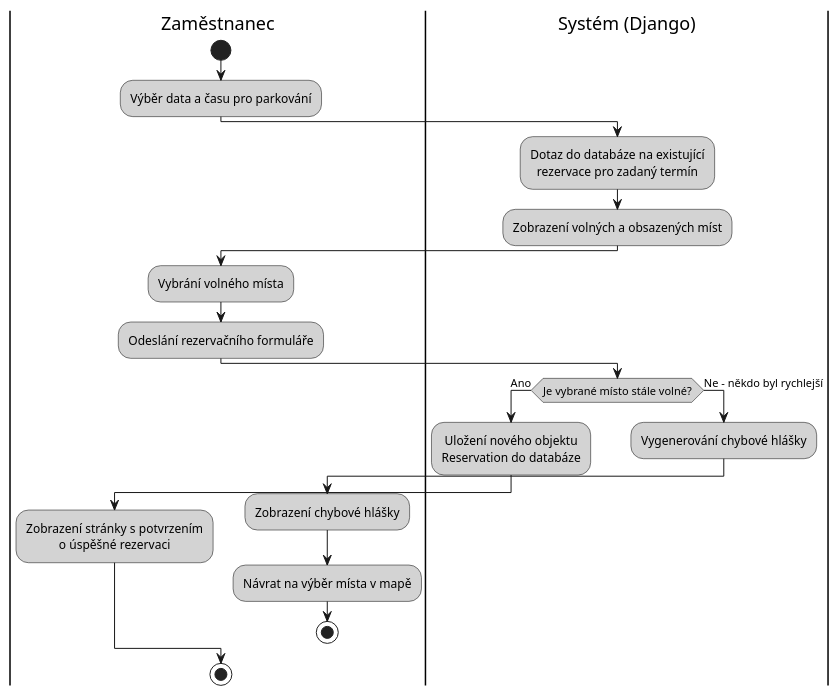
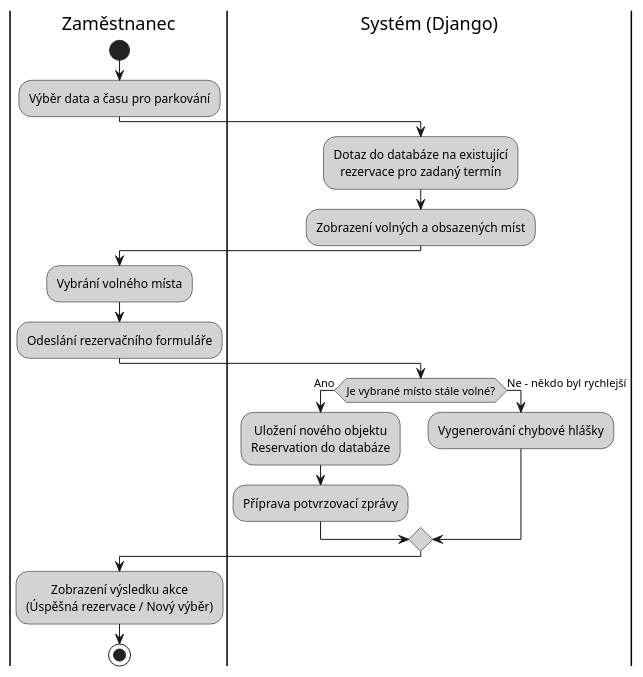
One commit to AidenCze/SWI-Project changed the diagram in docs/diagramy/activity.puml. Above: the diagram before and after it, drawn with PlantUML.

Commit message:
Refactor activity diagram for reservation process

```diff
--- a/docs/diagramy/activity.puml
+++ b/docs/diagramy/activity.puml
@@ -1,39 +1,35 @@
 @startuml
 skinparam ActivityBackgroundColor LightGray
 skinparam ActivityBorderColor Black
 skinparam defaultTextAlignment center
 
 ' Definice plaveckých drah
 |Zaměstnanec|
 |Systém (Django)|
 
 |Zaměstnanec|
 start
 :Výběr data a času pro parkování;
 
 |Systém (Django)|
 :Dotaz do databáze na existující\nrezervace pro zadaný termín;
 :Zobrazení volných a obsazených míst;
 
 |Zaměstnanec|
 :Vybrání volného místa;
 :Odeslání rezervačního formuláře;
 
 |Systém (Django)|
 ' Rozhodovací uzel pro kontrolu dostupnosti
 if (Je vybrané místo stále volné?) then (Ano)
     :Uložení nového objektu\nReservation do databáze;
-    |Zaměstnanec|
-    :Zobrazení stránky s potvrzením\no úspěšné rezervaci;
+    :Příprava potvrzovací zprávy;
 else (Ne - někdo byl rychlejší)
-    |Systém (Django)|
     :Vygenerování chybové hlášky;
-    |Zaměstnanec|
-    :Zobrazení chybové hlášky;
-    :Návrat na výběr místa v mapě;
-    stop
 endif
 
+' Společné sjednocení čistě na frontendu (u zaměstnance)
 |Zaměstnanec|
+:Zobrazení výsledku akce\n(Úspěšná rezervace / Nový výběr);
 stop
 @enduml
```
